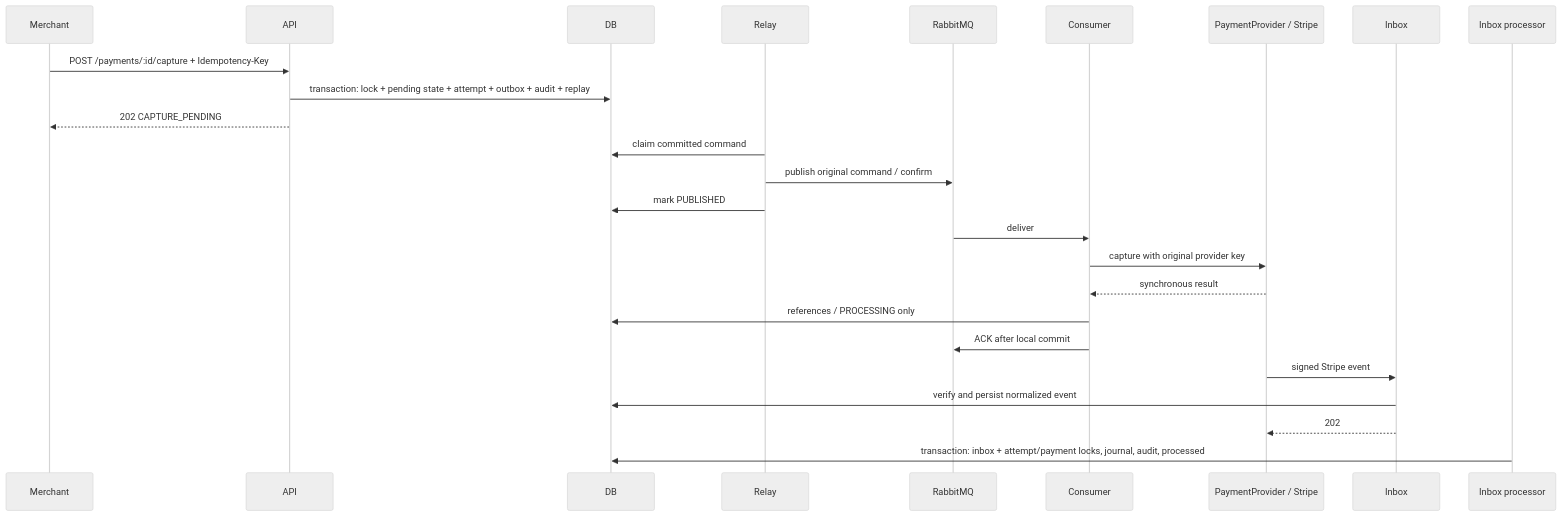
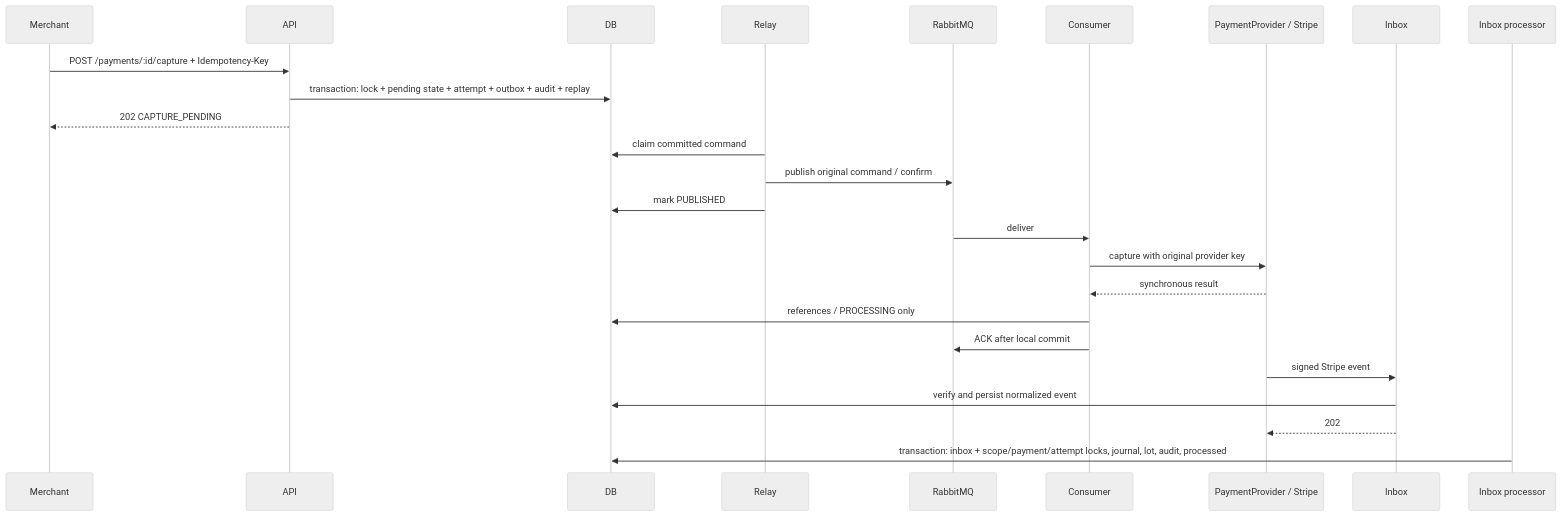
Before and after one commit to daniel-tsx/fintech: the second of 2 diagrams in docs/payment-lifecycle.md, drawn with Mermaid (neutral theme). The commit also changed other lines of this file and 13 other files, not shown here.

````diff
--- a/docs/payment-lifecycle.md
+++ b/docs/payment-lifecycle.md
@@ -30,27 +30,27 @@
 ```mermaid
 sequenceDiagram
   participant Merchant
   participant API
   participant DB
   participant Relay
   participant Broker as RabbitMQ
   participant Consumer
   participant PSP as PaymentProvider / Stripe
   participant Inbox
   participant Worker as Inbox processor
   Merchant->>API: POST /payments/:id/capture + Idempotency-Key
   API->>DB: transaction: lock + pending state + attempt + outbox + audit + replay
   API-->>Merchant: 202 CAPTURE_PENDING
   Relay->>DB: claim committed command
   Relay->>Broker: publish original command / confirm
   Relay->>DB: mark PUBLISHED
   Broker->>Consumer: deliver
   Consumer->>PSP: capture with original provider key
   PSP-->>Consumer: synchronous result
   Consumer->>DB: references / PROCESSING only
   Consumer->>Broker: ACK after local commit
   PSP->>Inbox: signed Stripe event
   Inbox->>DB: verify and persist normalized event
   Inbox-->>PSP: 202
-  Worker->>DB: transaction: inbox + attempt/payment locks, journal, audit, processed
+  Worker->>DB: transaction: inbox + scope/payment/attempt locks, journal, lot, audit, processed
 ```
````
